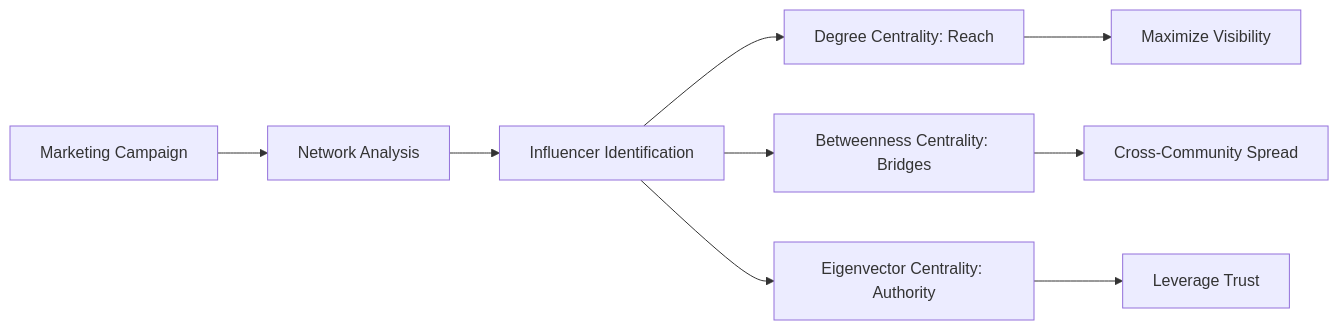
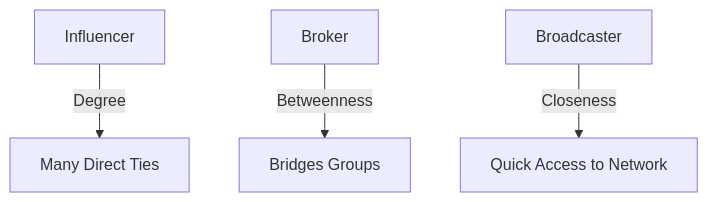
One commit to KishoreRam-M/SocialNetworkEnginnering changed the third of 7 diagrams in Unit-1 /12-Marks.md. Above: the diagram before and after it, drawn with Mermaid. The commit also changed other lines of this file, not shown here.

````diff
--- a/Unit-1 /12-Marks.md
+++ b/Unit-1 /12-Marks.md
@@ -93,11 +74,6 @@
 ```mermaid
-graph LR
-A[Marketing Campaign] --> B[Network Analysis]
-B --> C[Influencer Identification]
-C --> D[Degree Centrality: Reach]
-C --> E[Betweenness Centrality: Bridges]
-C --> F[Eigenvector Centrality: Authority]
-D --> G[Maximize Visibility]
-E --> H[Cross-Community Spread]
-F --> I[Leverage Trust]
+graph TD
+A[Influencer] -->|Degree| B[Many Direct Ties]
+C[Broker] -->|Betweenness| D[Bridges Groups]
+E[Broadcaster] -->|Closeness| F[Quick Access to Network]
 ```
````
